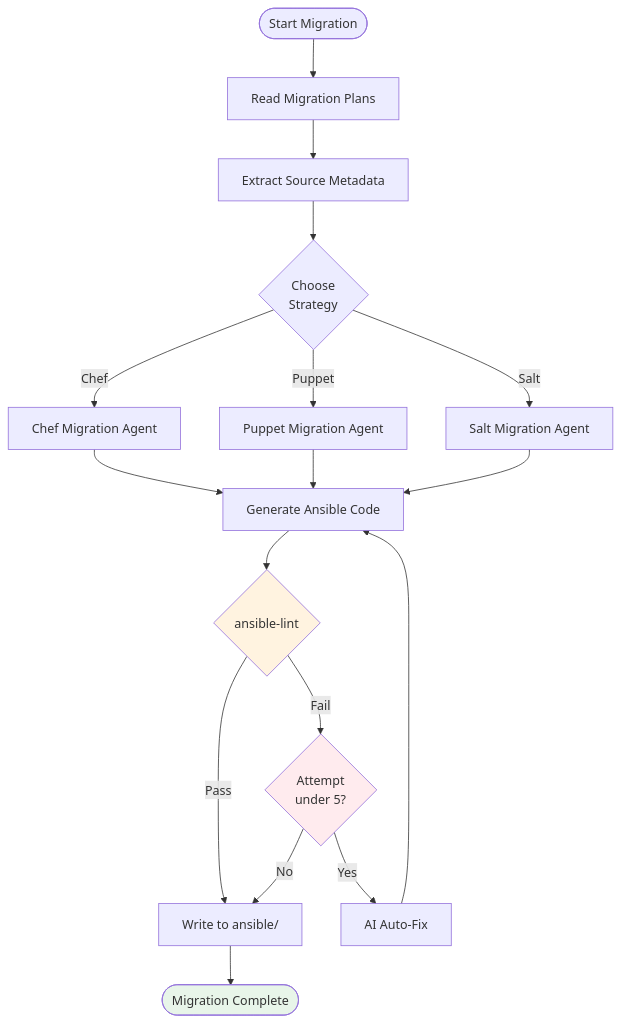
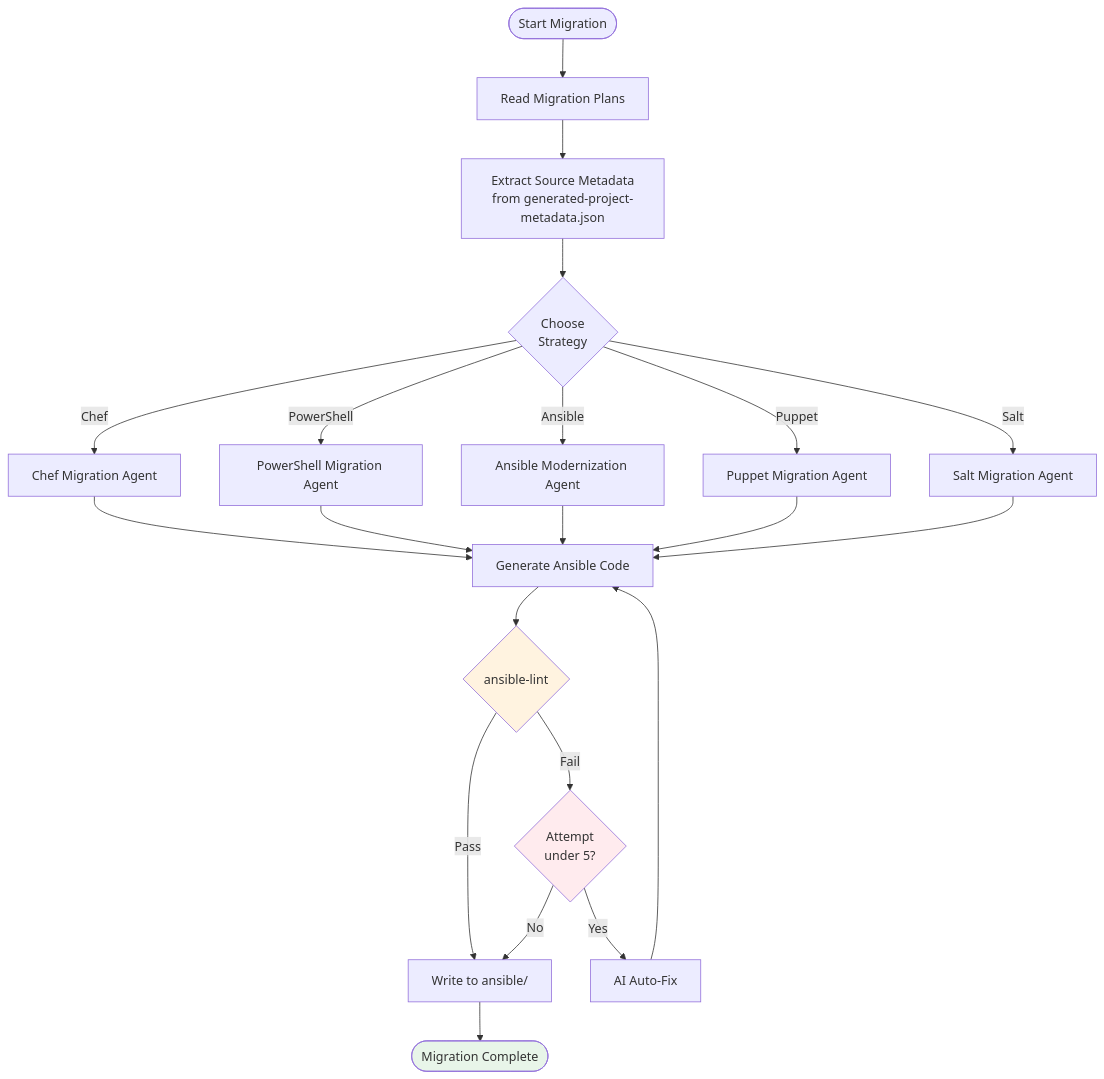
One commit to x2ansible/x2a-convertor changed the fourth of 7 diagrams in docs/concepts/workflow.md. Above: the diagram before and after it, drawn with Mermaid. The commit also changed other lines of this file and 25 other files, not shown here.

Commit message:
Ansible2Ansible Role modernization now functional

````diff
--- a/docs/concepts/workflow.md
+++ b/docs/concepts/workflow.md
@@ -238,29 +238,33 @@
 ```mermaid
 flowchart TB
     Start([Start Migration]) --> Read[Read Migration Plans]
-    Read --> Meta[Extract Source Metadata]
+    Read --> Meta[Extract Source Metadata<br/>from generated-project-metadata.json]
     Meta --> Choose{Choose<br/>Strategy}
 
     Choose -->|Chef| ChefMigrate[Chef Migration Agent]
+    Choose -->|PowerShell| PSMigrate[PowerShell Migration Agent]
+    Choose -->|Ansible| AnsibleMigrate[Ansible Modernization Agent]
     Choose -->|Puppet| PuppetMigrate[Puppet Migration Agent]
     Choose -->|Salt| SaltMigrate[Salt Migration Agent]
 
     ChefMigrate --> Generate[Generate Ansible Code]
+    PSMigrate --> Generate
+    AnsibleMigrate --> Generate
     PuppetMigrate --> Generate
     SaltMigrate --> Generate
 
     Generate --> Lint{ansible-lint}
 
     Lint -->|Pass| Output[Write to ansible/]
     Lint -->|Fail| Count{Attempt<br/>under 5?}
 
     Count -->|Yes| Fix[AI Auto-Fix]
     Fix --> Generate
     Count -->|No| Output
 
     Output --> Done([Migration Complete])
 
     style Lint fill:#fff3e0
     style Count fill:#ffebee
     style Done fill:#e8f5e9
 ```
````
